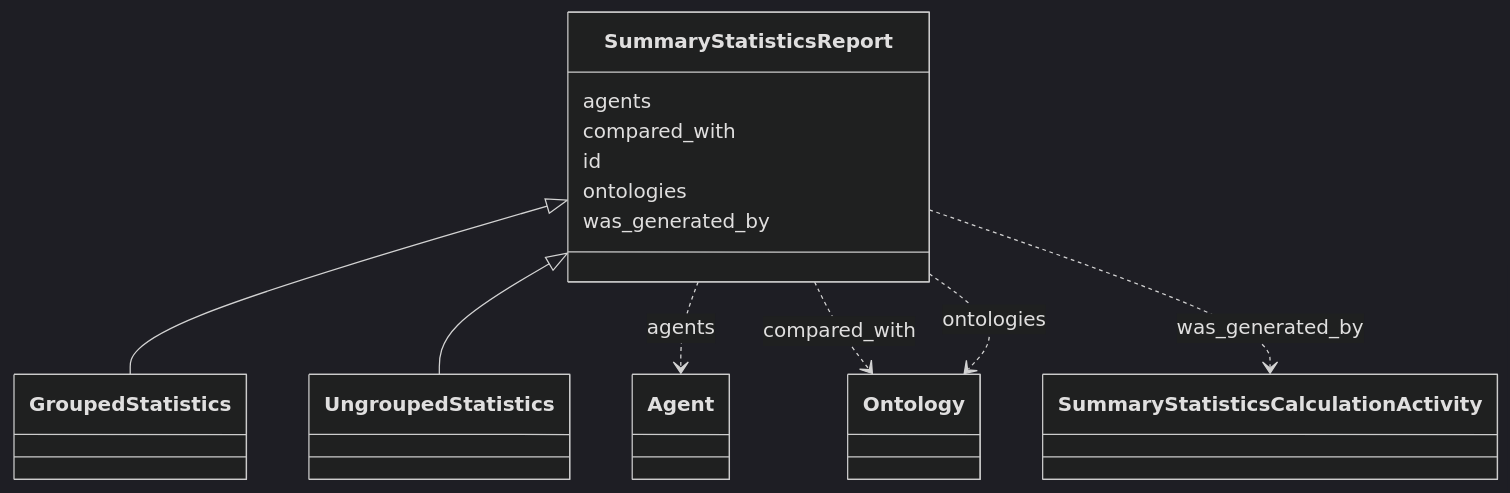
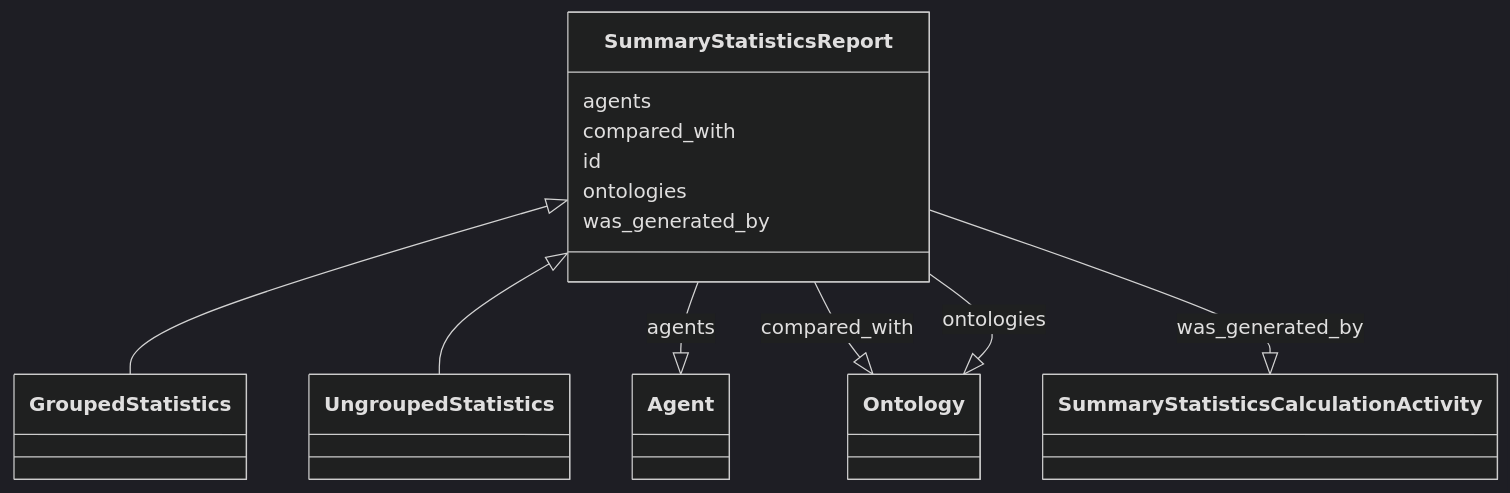
Before and after one commit to INCATools/ontology-access-kit: the diagram in summary-statistics/SummaryStatisticsReport.md, drawn with Mermaid (dark theme). The commit also changed other lines of this file and 3011 other files, not shown here.

````diff
--- a/summary-statistics/SummaryStatisticsReport.md
+++ b/summary-statistics/SummaryStatisticsReport.md
@@ -13,26 +16,26 @@
 ```{mermaid}
  classDiagram
     class SummaryStatisticsReport
       SummaryStatisticsReport <|-- GroupedStatistics
       SummaryStatisticsReport <|-- UngroupedStatistics
       
       SummaryStatisticsReport : agents
         
-          SummaryStatisticsReport ..> Agent : agents
+          SummaryStatisticsReport --|> Agent : agents
         
       SummaryStatisticsReport : compared_with
         
-          SummaryStatisticsReport ..> Ontology : compared_with
+          SummaryStatisticsReport --|> Ontology : compared_with
         
       SummaryStatisticsReport : id
         
       SummaryStatisticsReport : ontologies
         
-          SummaryStatisticsReport ..> Ontology : ontologies
+          SummaryStatisticsReport --|> Ontology : ontologies
         
       SummaryStatisticsReport : was_generated_by
         
-          SummaryStatisticsReport ..> SummaryStatisticsCalculationActivity : was_generated_by
+          SummaryStatisticsReport --|> SummaryStatisticsCalculationActivity : was_generated_by
         
       
 ```
````
